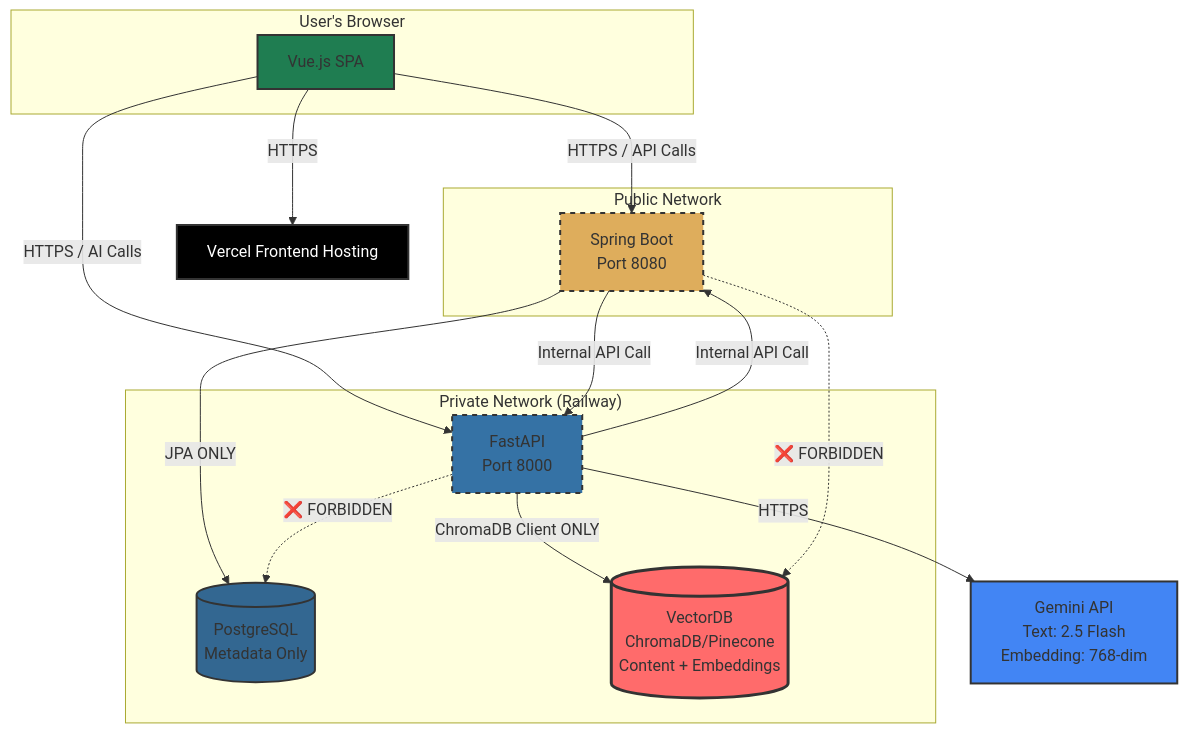
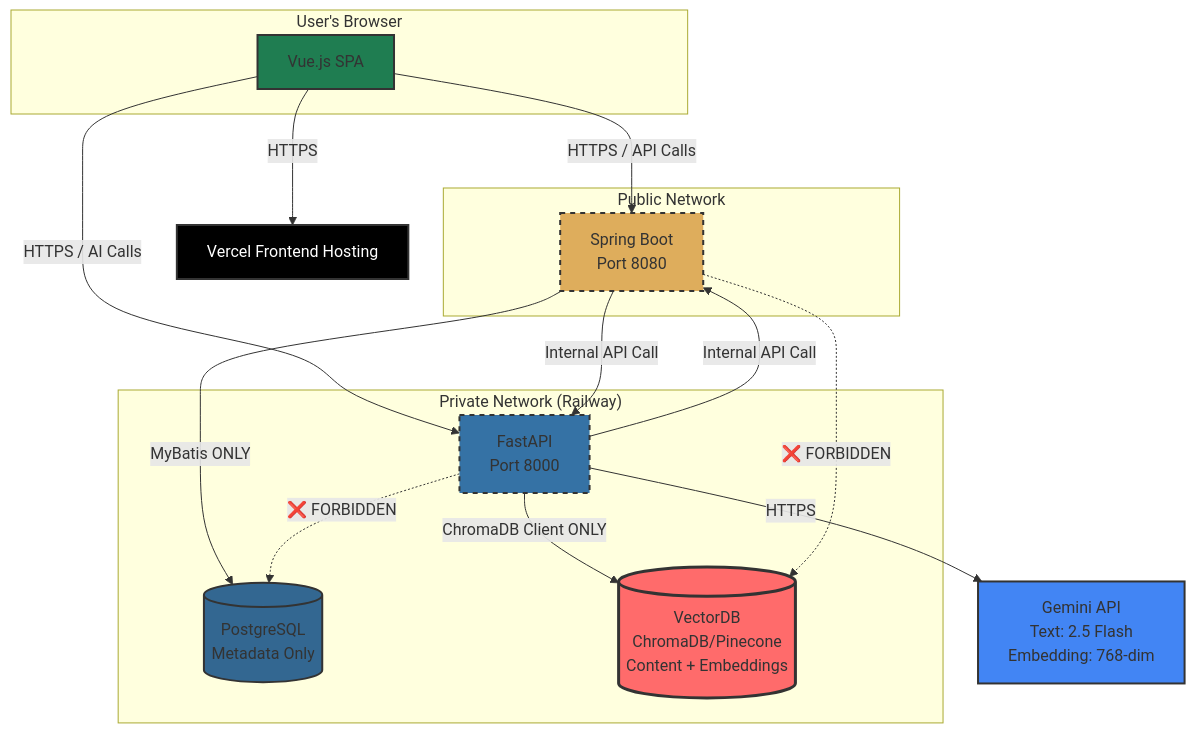
One commit to SideProjectSFY/gajiFE changed the seventh of 7 diagrams in architecture.md. Above: the diagram before and after it, drawn with Mermaid. The commit also changed other lines of this file and 15 other files, not shown here.

Commit message:
refactor: Migrate from Spring Data JPA to MyBatis for database access across multiple documents

````diff
--- a/architecture.md
+++ b/architecture.md
@@ -2036,47 +2036,47 @@
 ```mermaid
 graph TD
     subgraph "User's Browser"
         A[Vue.js SPA]
     end
 
     subgraph "Public Network"
         C[Spring Boot<br/>Port 8080]
     end
 
     subgraph "Private Network (Railway)"
         D[FastAPI<br/>Port 8000]
         E[(PostgreSQL<br/>Metadata Only)]
         V[(VectorDB<br/>ChromaDB/Pinecone<br/>Content + Embeddings)]
     end
 
     G[Gemini API<br/>Text: 2.5 Flash<br/>Embedding: 768-dim]
     B[Vercel Frontend Hosting]
 
     A -- HTTPS --> B
     A -- HTTPS / API Calls --> C
     A -- HTTPS / AI Calls --> D
 
     C -- Internal API Call --> D
-    C -- JPA ONLY --> E
+    C -- MyBatis ONLY --> E
 
     D -- Internal API Call --> C
     D -- ChromaDB Client ONLY --> V
     D -- HTTPS --> G
 
     style A fill:#1F7D51,stroke:#333,stroke-width:2px
     style C fill:#DEAD5C,stroke:#333,stroke-width:2px
     style D fill:#3572A5,stroke:#333,stroke-width:2px
     style E fill:#336791,stroke:#333,stroke-width:2px
     style V fill:#FF6B6B,stroke:#333,stroke-width:3px
     style G fill:#4285F4,stroke:#333,stroke-width:2px
     style B fill:#000000,stroke:#333,stroke-width:2px,color:#fff
 
     classDef forbidden fill:#FFE5E5,stroke:#FF0000,stroke-width:3px,stroke-dasharray: 5 5
 
     %% Forbidden connections (drawn but styled as prohibited)
     C -.->|❌ FORBIDDEN| V
     D -.->|❌ FORBIDDEN| E
 
     class C forbidden
     class D forbidden
 ```
````
